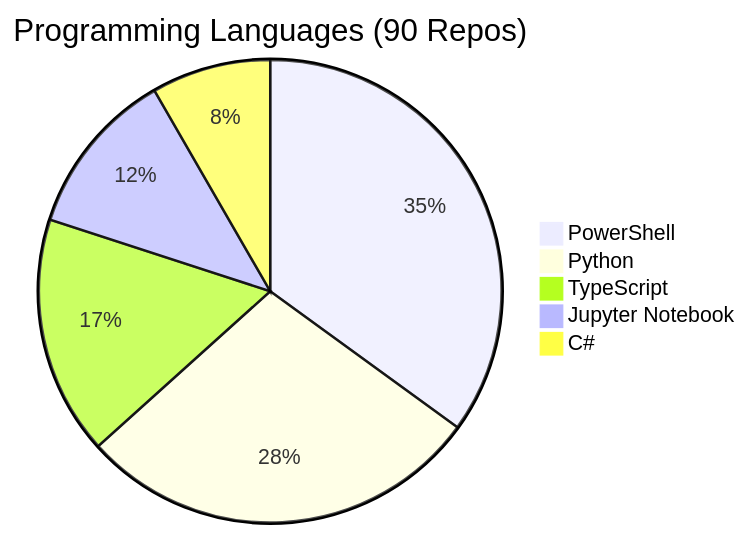
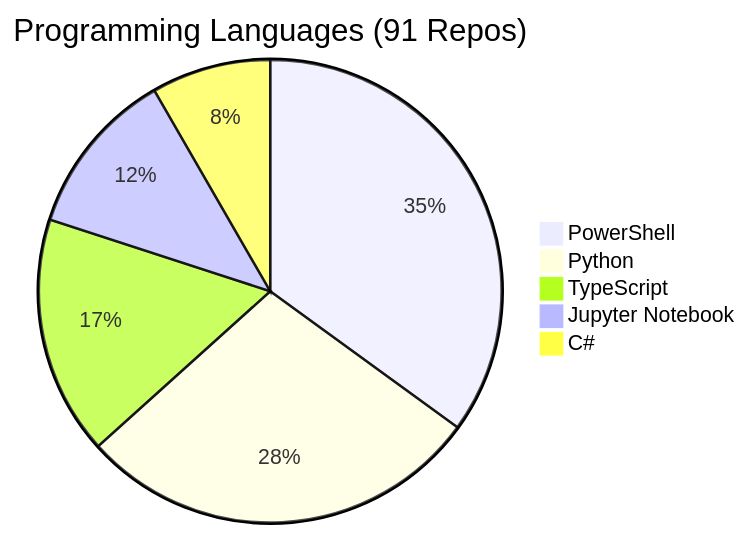
Before and after one commit to fabioc-aloha/fabioc-aloha: the diagram in REPOS.md, drawn with Mermaid. The commit also changed other lines of this file and 1 other file, not shown here.

````diff
--- a/REPOS.md
+++ b/REPOS.md
@@ -133,8 +134,8 @@
 ```mermaid
-pie title Programming Languages (90 Repos)
+pie title Programming Languages (91 Repos)
     "PowerShell" : 21
     "Python" : 17
     "TypeScript" : 10
     "Jupyter Notebook" : 7
     "C#" : 5
 ```
````
